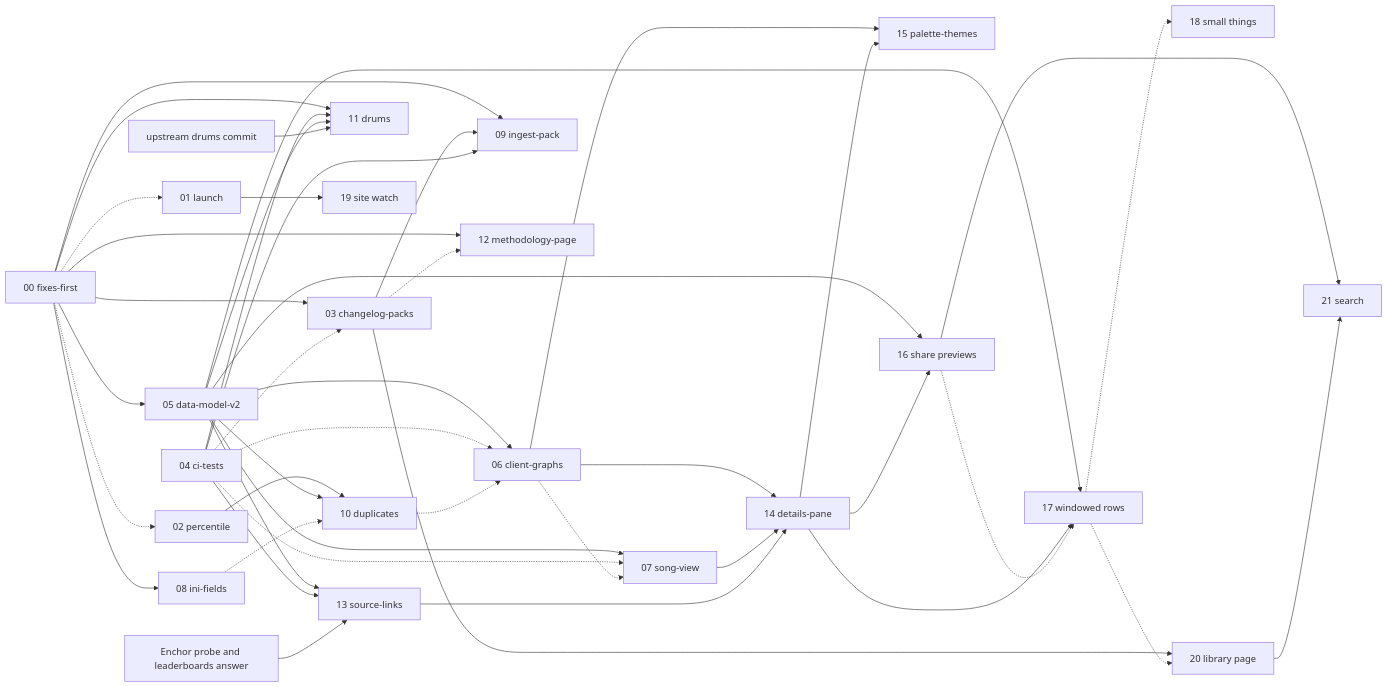
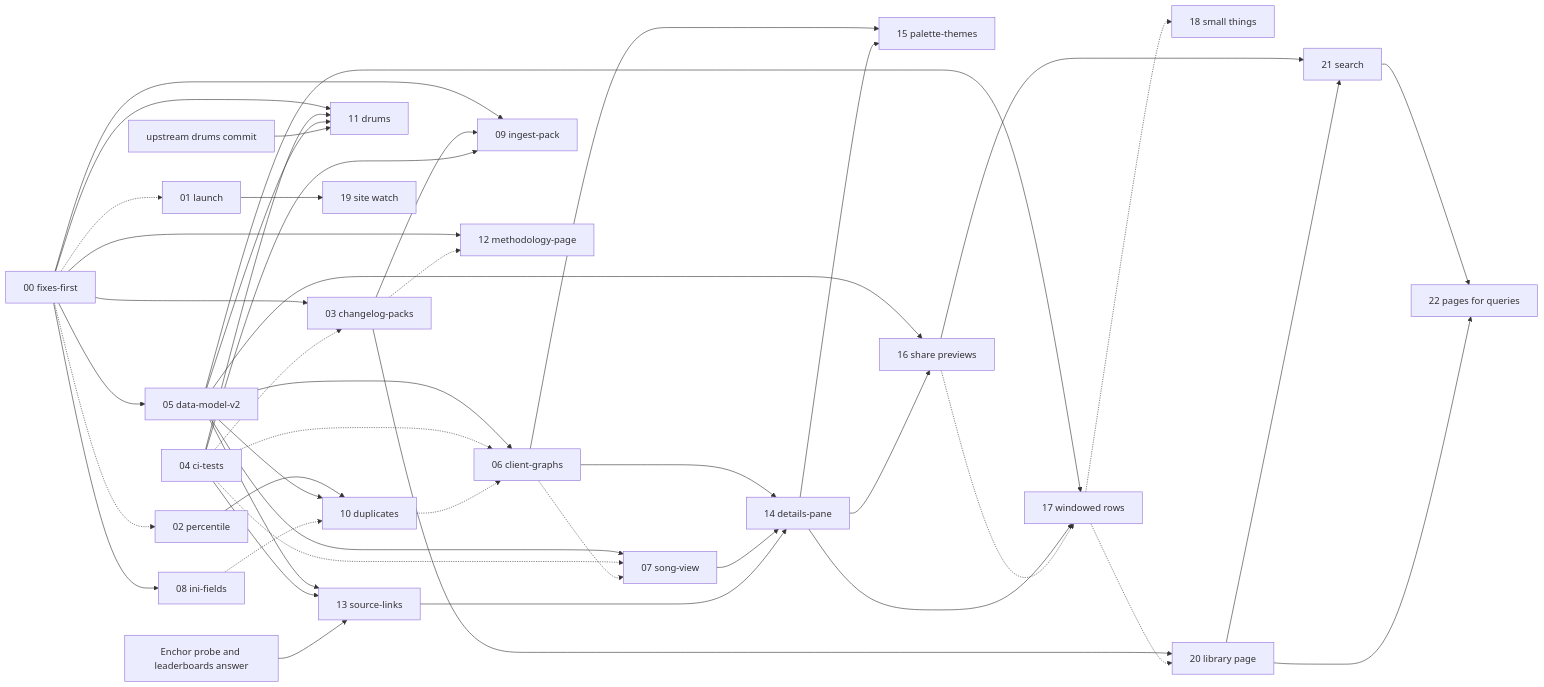
Before and after one commit to ChaseFranz/fretwork: the diagram in docs/spec/README.md, drawn with Mermaid. The commit also changed other lines of this file and 19 other files, not shown here.

Commit message:
pages for the queries people type: a page per pack with its setlist ranked by difficulty, the hardest and easiest lists per instrument, the song page in words with its graph as a picture (a PNG per song), titles and descriptions per document page, game/ and list/ in the week class (section 22)

````diff
--- a/docs/spec/README.md
+++ b/docs/spec/README.md
@@ -73,71 +75,74 @@
 ```mermaid
 flowchart LR
   S00[00 fixes-first]
   S01[01 launch]
   S02[02 percentile]
   S03[03 changelog-packs]
   S04[04 ci-tests]
   S05[05 data-model-v2]
   S06[06 client-graphs]
   S07[07 song-view]
   S08[08 ini-fields]
   S09[09 ingest-pack]
   S10[10 duplicates]
   S11[11 drums]
   S12[12 methodology-page]
   S13[13 source-links]
   S14[14 details-pane]
   S15[15 palette-themes]
   UP[upstream drums commit]
   PROBE[Enchor probe and leaderboards answer]
 
   S00 --> S03
   S00 --> S05
   S00 --> S08
   S00 --> S12
   S00 --> S09
   S03 --> S09
   S04 --> S09
   S02 --> S10
   S05 --> S10
   S05 --> S06
   S05 --> S07
   S05 --> S13
   S04 --> S13
   PROBE --> S13
   S00 --> S11
   S04 --> S11
   S05 --> S11
   UP --> S11
   S00 -.-> S01
   S00 -.-> S02
   S04 -.-> S03
   S04 -.-> S06
   S04 -.-> S07
   S06 -.-> S07
   S08 -.-> S10
   S10 -.-> S06
   S03 -.-> S12
   S16[16 share previews]
   S17[17 windowed rows]
   S18[18 small things]
   S19[19 site watch]
   S20[20 library page]
   S06 --> S14
   S07 --> S14
   S13 --> S14
   S06 --> S15
   S14 --> S15
   S05 --> S16
   S14 --> S16
   S05 --> S17
   S14 --> S17
   S01 --> S19
   S03 --> S20
   S16 -.-> S17
   S17 -.-> S18
   S17 -.-> S20
   S21[21 search]
   S16 --> S21
   S20 --> S21
+  S22[22 pages for queries]
+  S21 --> S22
+  S20 --> S22
 ```
````
